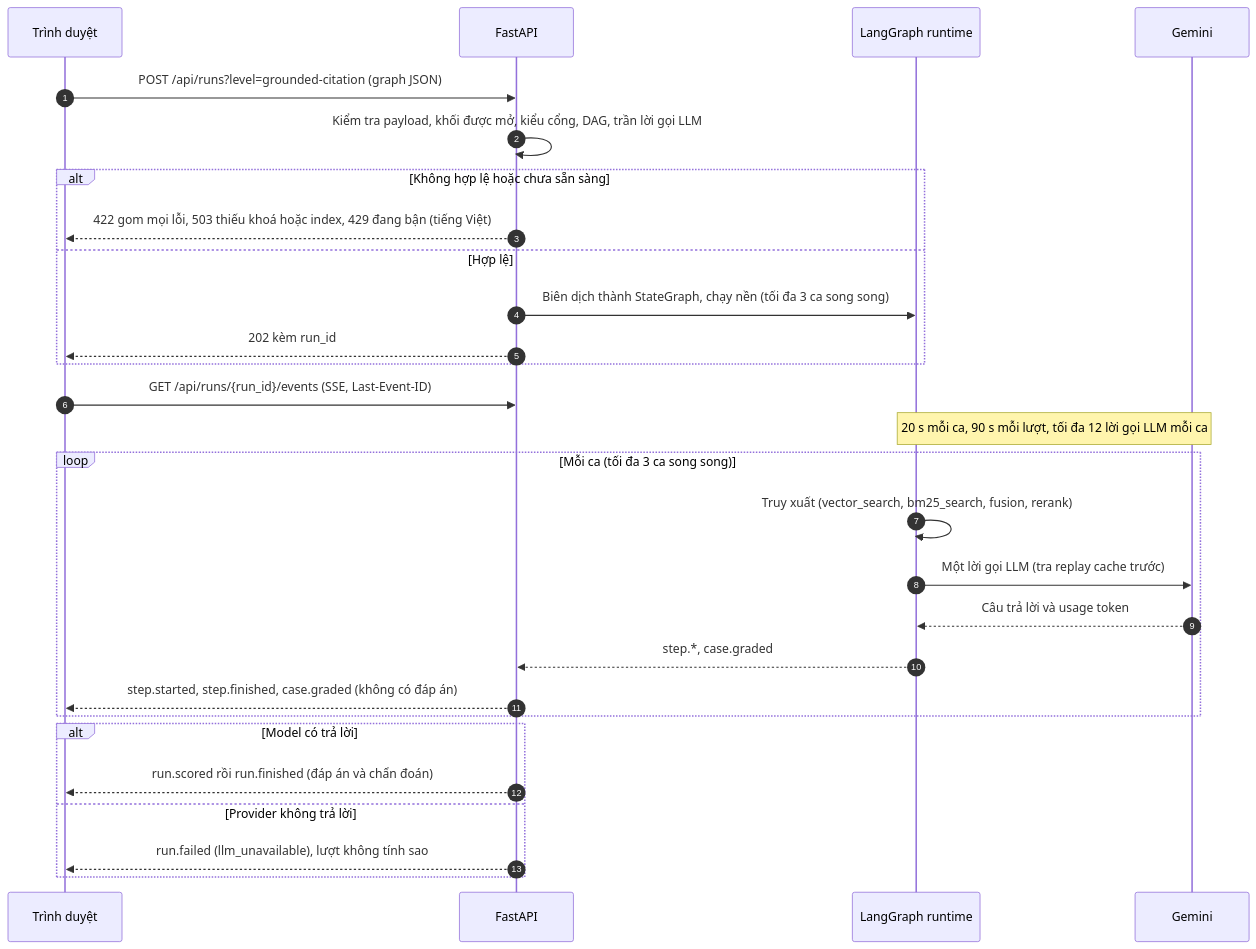
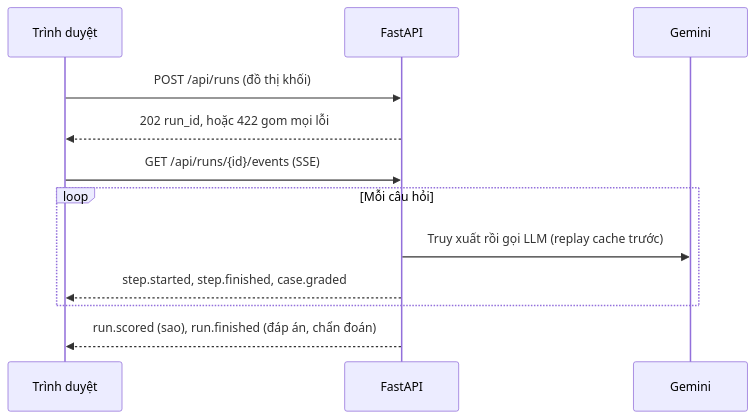
The fifth of 5 diagrams in README.md (Tai-TZ/v-game), drawn with Mermaid before and after one commit. The commit also changed other lines of this file, not shown here.

First line of the commit message:
docs(readme): trim to essentials, add diagrams and production link

````diff
--- a/README.md
+++ b/README.md
@@ -220,31 +134,14 @@
 ```mermaid
 sequenceDiagram
-    autonumber
     participant B as Trình duyệt
     participant A as FastAPI
-    participant G as LangGraph runtime
     participant L as Gemini
-
-    B->>A: POST /api/runs?level=grounded-citation (graph JSON)
-    A->>A: Kiểm tra payload, khối được mở, kiểu cổng, DAG, trần lời gọi LLM
-    alt Không hợp lệ hoặc chưa sẵn sàng
-        A-->>B: 422 gom mọi lỗi, 503 thiếu khoá hoặc index, 429 đang bận (tiếng Việt)
-    else Hợp lệ
-        A->>G: Biên dịch thành StateGraph, chạy nền (tối đa 3 ca song song)
-        A-->>B: 202 kèm run_id
+    B->>A: POST /api/runs (đồ thị khối)
+    A-->>B: 202 run_id, hoặc 422 gom mọi lỗi
+    B->>A: GET /api/runs/{id}/events (SSE)
+    loop Mỗi câu hỏi
+        A->>L: Truy xuất rồi gọi LLM (replay cache trước)
+        A-->>B: step.started, step.finished, case.graded
     end
-    B->>A: GET /api/runs/{run_id}/events (SSE, Last-Event-ID)
-    Note over G,L: 20 s mỗi ca, 90 s mỗi lượt, tối đa 12 lời gọi LLM mỗi ca
-    loop Mỗi ca (tối đa 3 ca song song)
-        G->>G: Truy xuất (vector_search, bm25_search, fusion, rerank)
-        G->>L: Một lời gọi LLM (tra replay cache trước)
-        L-->>G: Câu trả lời và usage token
-        G-->>A: step.*, case.graded
-        A-->>B: step.started, step.finished, case.graded (không có đáp án)
-    end
-    alt Model có trả lời
-        A-->>B: run.scored rồi run.finished (đáp án và chẩn đoán)
-    else Provider không trả lời
-        A-->>B: run.failed (llm_unavailable), lượt không tính sao
-    end
+    A-->>B: run.scored (sao), run.finished (đáp án, chẩn đoán)
 ```
````
